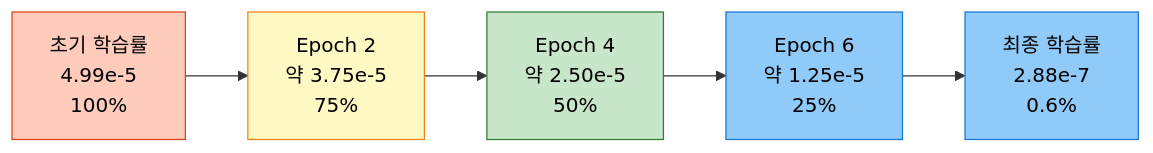
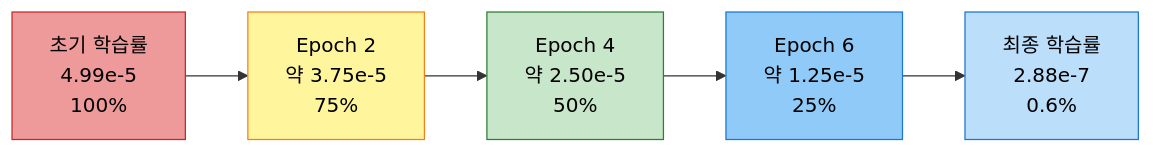
One commit to AIBootcamp14/naturallanguageprocessingcompetition-nlp-1 changed the eighth of 15 diagrams in docs/experiments/20251013_111525_strategy1_kobart_optimized_실험분석.md. Above: the diagram before and after it, drawn with Mermaid. The commit also changed other lines of this file, not shown here.

First line of the commit message:
fix: mermaid 다이어그램 스타일 완전 수정

````diff
--- a/docs/experiments/20251013_111525_strategy1_kobart_optimized_실험분석.md
+++ b/docs/experiments/20251013_111525_strategy1_kobart_optimized_실험분석.md
@@ -450,13 +475,13 @@
 ```mermaid
 graph LR
     A[초기 학습률<br/>4.99e-5<br/>100%] --> B[Epoch 2<br/>약 3.75e-5<br/>75%]
     B --> C[Epoch 4<br/>약 2.50e-5<br/>50%]
     C --> D[Epoch 6<br/>약 1.25e-5<br/>25%]
     D --> E[최종 학습률<br/>2.88e-7<br/>0.6%]
 
-    style A fill:#ffccbc,stroke:#d84315,color:#000
-    style B fill:#fff9c4,stroke:#f57f17,color:#000
+    style A fill:#ef9a9a,stroke:#c62828,color:#000
+    style B fill:#fff59d,stroke:#f57f17,color:#000
     style C fill:#c8e6c9,stroke:#2e7d32,color:#000
     style D fill:#90caf9,stroke:#1976d2,color:#000
-    style E fill:#90caf9,stroke:#1976d2,color:#000
+    style E fill:#bbdefb,stroke:#1976d2,color:#000
 ```
````
